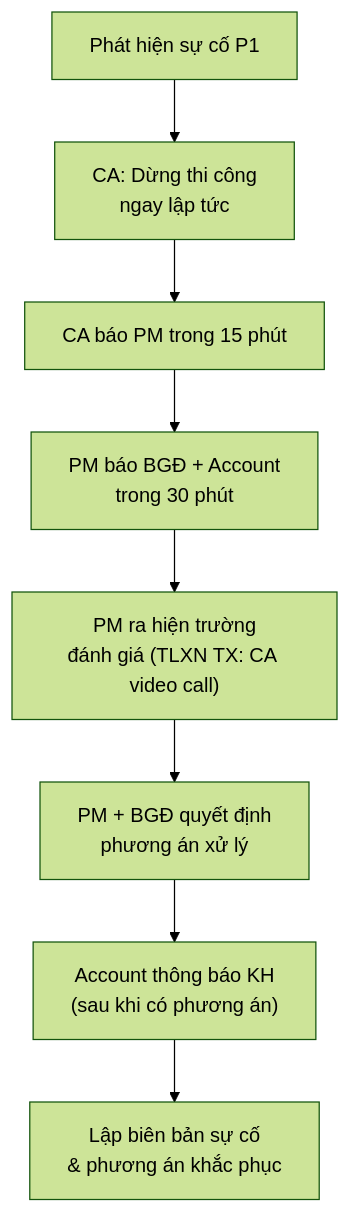
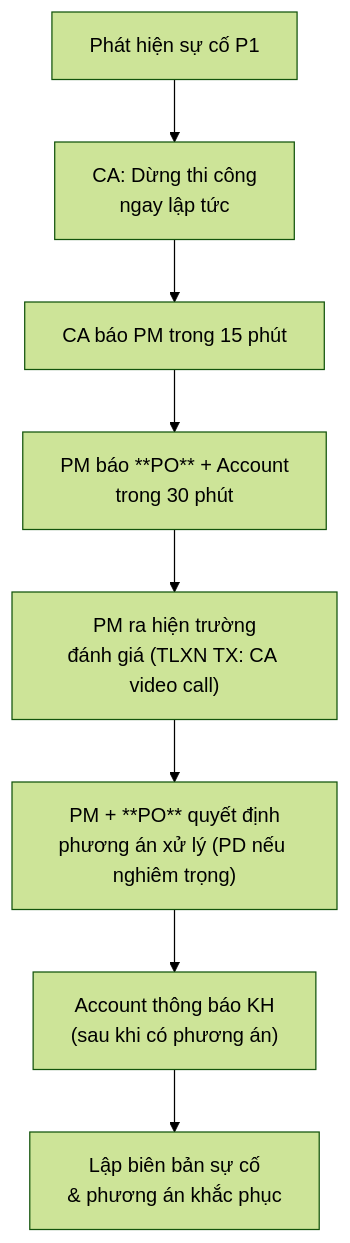
The second of 2 diagrams in 03-PM/quan-ly-thi-cong.md (namdh9939/SOP-QLDA-TLXN), drawn with Mermaid (forest theme) before and after one commit. The commit also changed other lines of this file and 6 other files, not shown here.

````diff
--- a/03-PM/quan-ly-thi-cong.md
+++ b/03-PM/quan-ly-thi-cong.md
@@ -133,10 +133,10 @@
 ```mermaid
 flowchart TD
     A["Phát hiện sự cố P1"] --> B["CA: Dừng thi công<br/>ngay lập tức"]
     B --> C["CA báo PM trong 15 phút"]
-    C --> D["PM báo BGĐ + Account<br/>trong 30 phút"]
+    C --> D["PM báo **PO** + Account<br/>trong 30 phút"]
     D --> E["PM ra hiện trường<br/>đánh giá (TLXN TX: CA video call)"]
-    E --> F["PM + BGĐ quyết định<br/>phương án xử lý"]
+    E --> F["PM + **PO** quyết định<br/>phương án xử lý (PD nếu nghiêm trọng)"]
     F --> G["Account thông báo KH<br/>(sau khi có phương án)"]
     G --> H["Lập biên bản sự cố<br/>& phương án khắc phục"]
 ```
````
